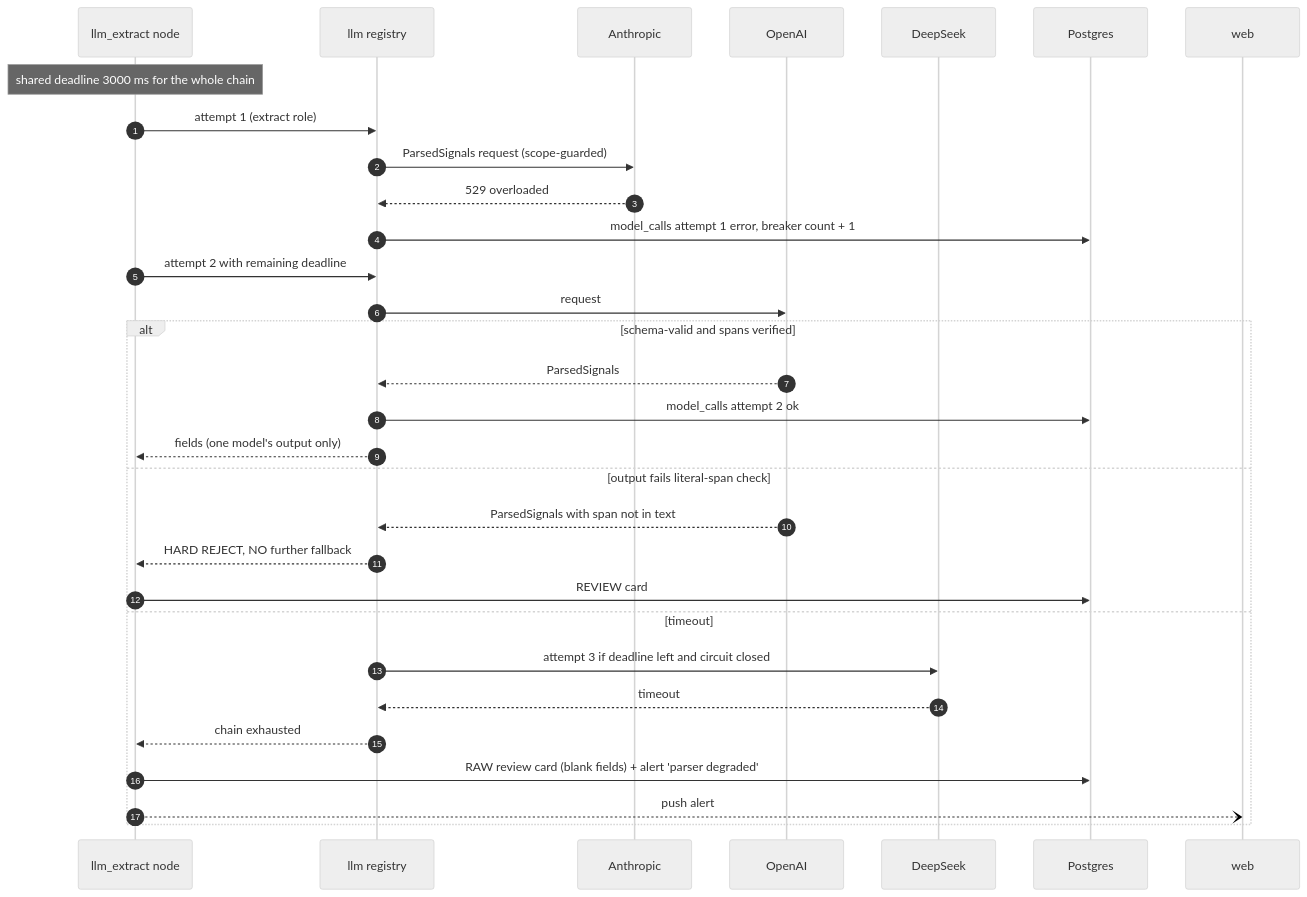
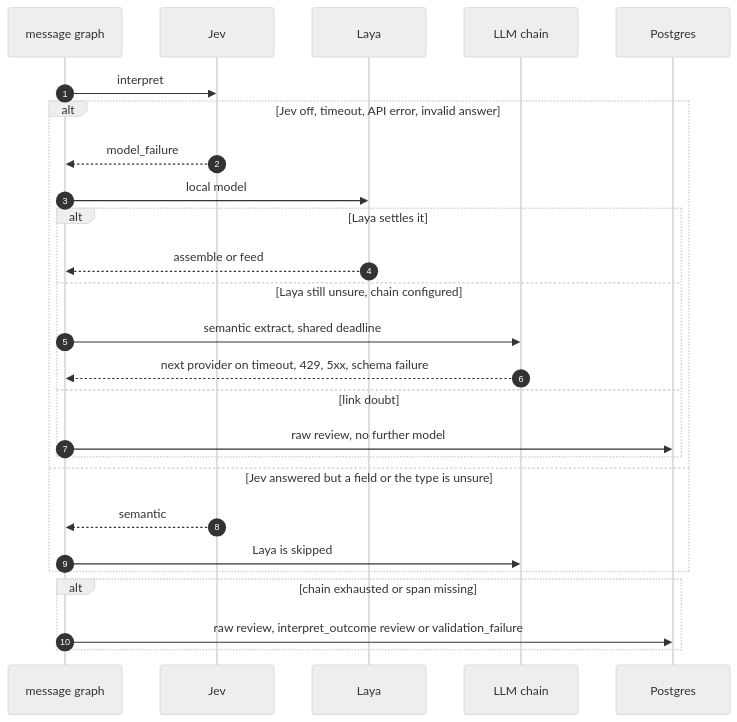
Before and after one commit to idolrun/trading-agent: diagram 11 of 12 in docs/diagrams/06-sequence-diagrams.md, drawn with Mermaid (neutral theme). The commit also changed other lines of this file and 131 other files, not shown here.

First line of the commit message:
docs: update architecture and data flow diagrams for clarity and consistency

````diff
--- a/docs/diagrams/06-sequence-diagrams.md
+++ b/docs/diagrams/06-sequence-diagrams.md
@@ -459,34 +305,29 @@
 ```mermaid
 sequenceDiagram
     autonumber
-    participant G as llm_extract node
-    participant REG as llm registry
-    participant A1 as Anthropic
-    participant O2 as OpenAI
-    participant D3 as DeepSeek
+    participant G as message graph
+    participant J as Jev
+    participant Laya as Laya
+    participant LLM as LLM chain
     participant DB as Postgres
-    participant W as web
 
-    Note over G: shared deadline 3000 ms for the whole chain
-    G->>REG: attempt 1 (extract role)
-    REG->>A1: ParsedSignals request (scope-guarded)
-    A1-->>REG: 529 overloaded
-    REG->>DB: model_calls attempt 1 error, breaker count + 1
-    G->>REG: attempt 2 with remaining deadline
-    REG->>O2: request
-    alt schema-valid and spans verified
-        O2-->>REG: ParsedSignals
-        REG->>DB: model_calls attempt 2 ok
-        REG-->>G: fields (one model's output only)
-    else output fails literal-span check
-        O2-->>REG: ParsedSignals with span not in text
-        REG-->>G: HARD REJECT, NO further fallback
-        G->>DB: REVIEW card
-    else timeout
-        REG->>D3: attempt 3 if deadline left and circuit closed
-        D3-->>REG: timeout
-        REG-->>G: chain exhausted
-        G->>DB: RAW review card (blank fields) + alert 'parser degraded'
-        G--)W: push alert
+    G->>J: interpret
+    alt Jev off, timeout, API error, invalid answer
+        J-->>G: model_failure
+        G->>Laya: local model
+        alt Laya settles it
+            Laya-->>G: assemble or feed
+        else Laya still unsure, chain configured
+            G->>LLM: semantic extract, shared deadline
+            LLM-->>G: next provider on timeout, 429, 5xx, schema failure
+        else link doubt
+            G->>DB: raw review, no further model
+        end
+    else Jev answered but a field or the type is unsure
+        J-->>G: semantic
+        G->>LLM: Laya is skipped
+    end
+    alt chain exhausted or span missing
+        G->>DB: raw review, interpret_outcome review or validation_failure
     end
 ```
````
